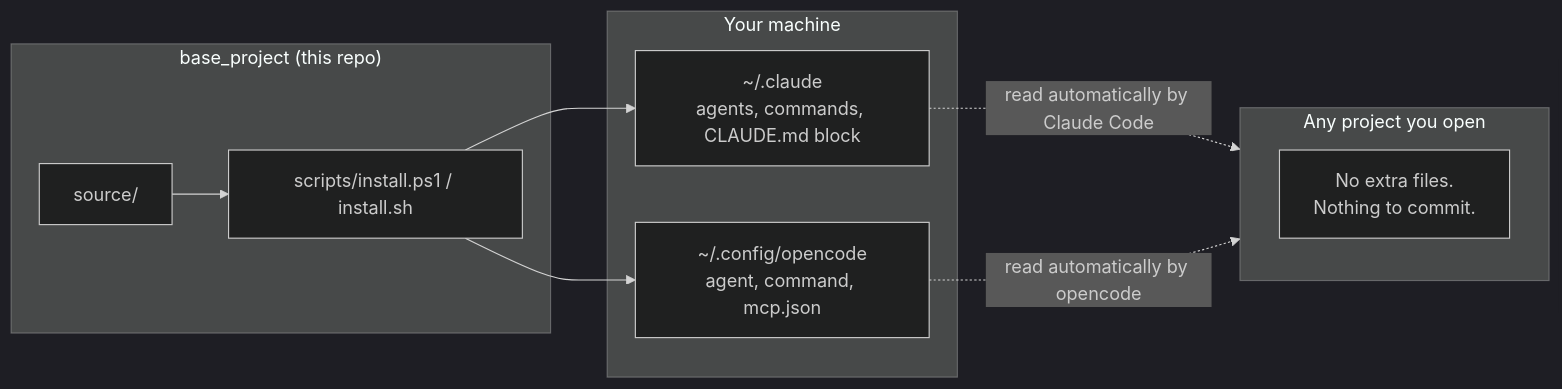
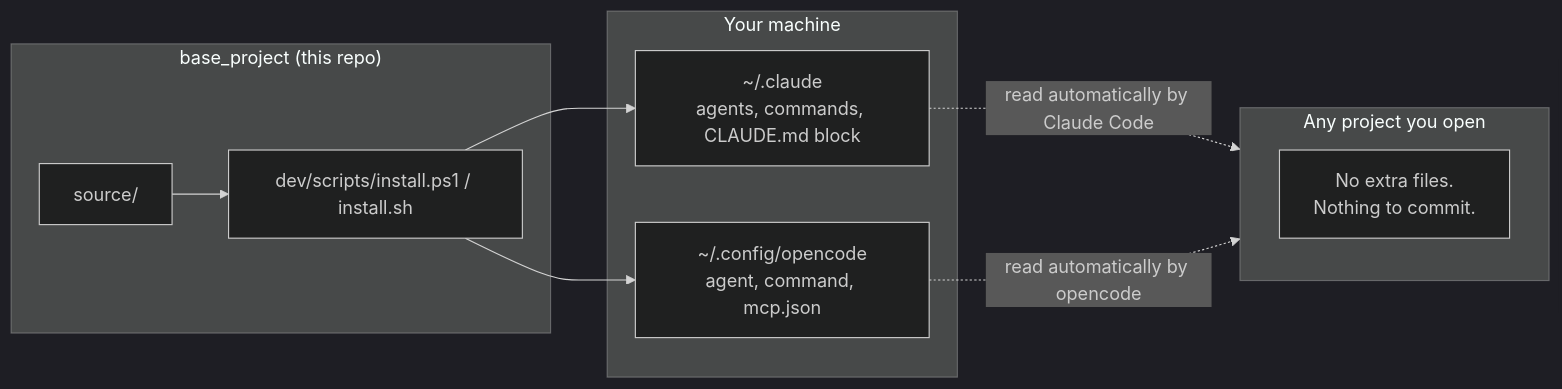
Before and after one commit to alexmiguel011014-stack/base_project: the diagram in README.md, drawn with Mermaid (dark theme). The commit also changed other lines of this file and 53 other files, not shown here.

````diff
--- a/README.md
+++ b/README.md
@@ -27,20 +27,20 @@
 ```mermaid
 flowchart LR
     subgraph BP["base_project (this repo)"]
         S["source/"]
-        I["scripts/install.ps1 / install.sh"]
+        I["dev/scripts/install.ps1 / install.sh"]
     end
     subgraph GLOBAL["Your machine"]
         C["~/.claude<br/>agents, commands, CLAUDE.md block"]
         O["~/.config/opencode<br/>agent, command, mcp.json"]
     end
     subgraph PROJ["Any project you open"]
         P["No extra files.<br/>Nothing to commit."]
     end
 
     S --> I
     I --> C
     I --> O
     C -. read automatically by Claude Code .-> PROJ
     O -. read automatically by opencode .-> PROJ
 ```
````
